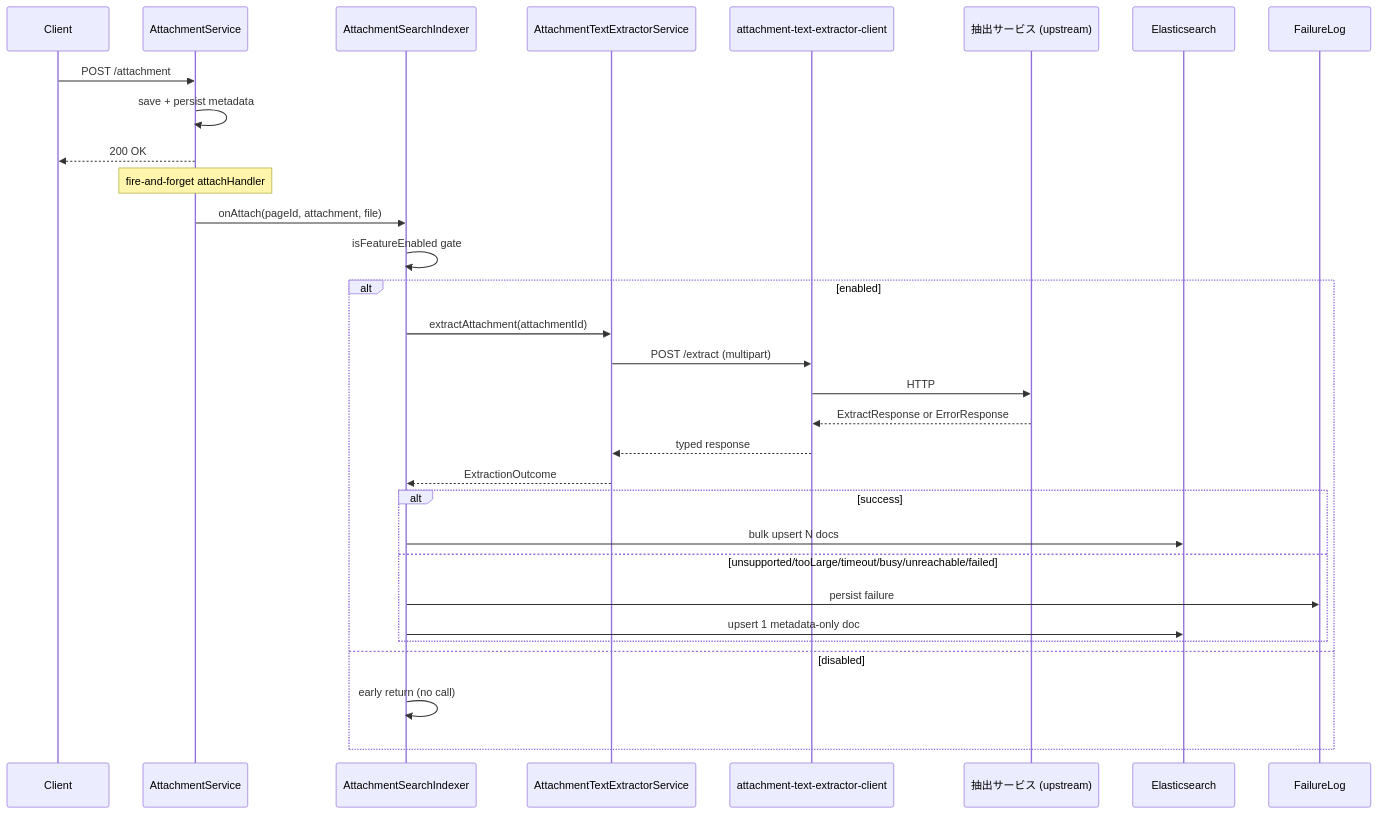
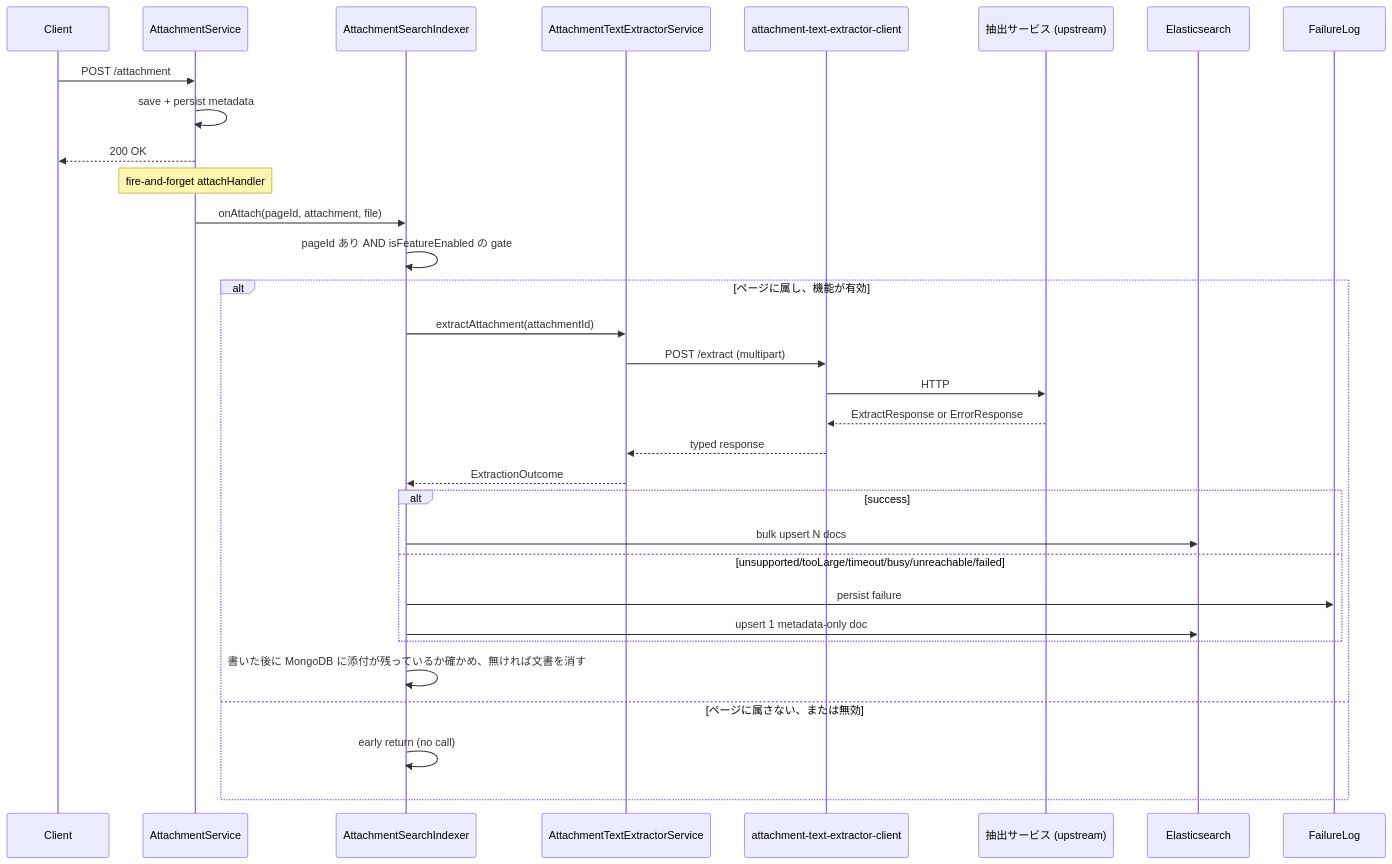
The second of 6 diagrams in .kiro/specs/attachment-search-indexing/design.md (growilabs/growi), drawn with Mermaid before and after one commit. The commit also changed other lines of this file and 6 other files, not shown here.

````diff
--- a/.kiro/specs/attachment-search-indexing/design.md
+++ b/.kiro/specs/attachment-search-indexing/design.md
@@ -264,34 +288,35 @@
 ```mermaid
 sequenceDiagram
     participant Client
     participant Att as AttachmentService
     participant Idx as AttachmentSearchIndexer
     participant Ext as AttachmentTextExtractorService
     participant Mk as attachment-text-extractor-client
     participant Upstream as 抽出サービス (upstream)
     participant ES as Elasticsearch
     participant Log as FailureLog
 
     Client->>Att: POST /attachment
     Att->>Att: save + persist metadata
     Att-->>Client: 200 OK
     Note over Att: fire-and-forget attachHandler
     Att->>Idx: onAttach(pageId, attachment, file)
-    Idx->>Idx: isFeatureEnabled gate
-    alt enabled
+    Idx->>Idx: pageId あり AND isFeatureEnabled の gate
+    alt ページに属し、機能が有効
         Idx->>Ext: extractAttachment(attachmentId)
         Ext->>Mk: POST /extract (multipart)
         Mk->>Upstream: HTTP
         Upstream-->>Mk: ExtractResponse or ErrorResponse
         Mk-->>Ext: typed response
         Ext-->>Idx: ExtractionOutcome
         alt success
             Idx->>ES: bulk upsert N docs
         else unsupported/tooLarge/timeout/busy/unreachable/failed
             Idx->>Log: persist failure
             Idx->>ES: upsert 1 metadata-only doc
         end
-    else disabled
+        Idx->>Idx: 書いた後に MongoDB に添付が残っているか確かめ、無ければ文書を消す
+    else ページに属さない、または無効
         Idx->>Idx: early return (no call)
     end
 ```
````
